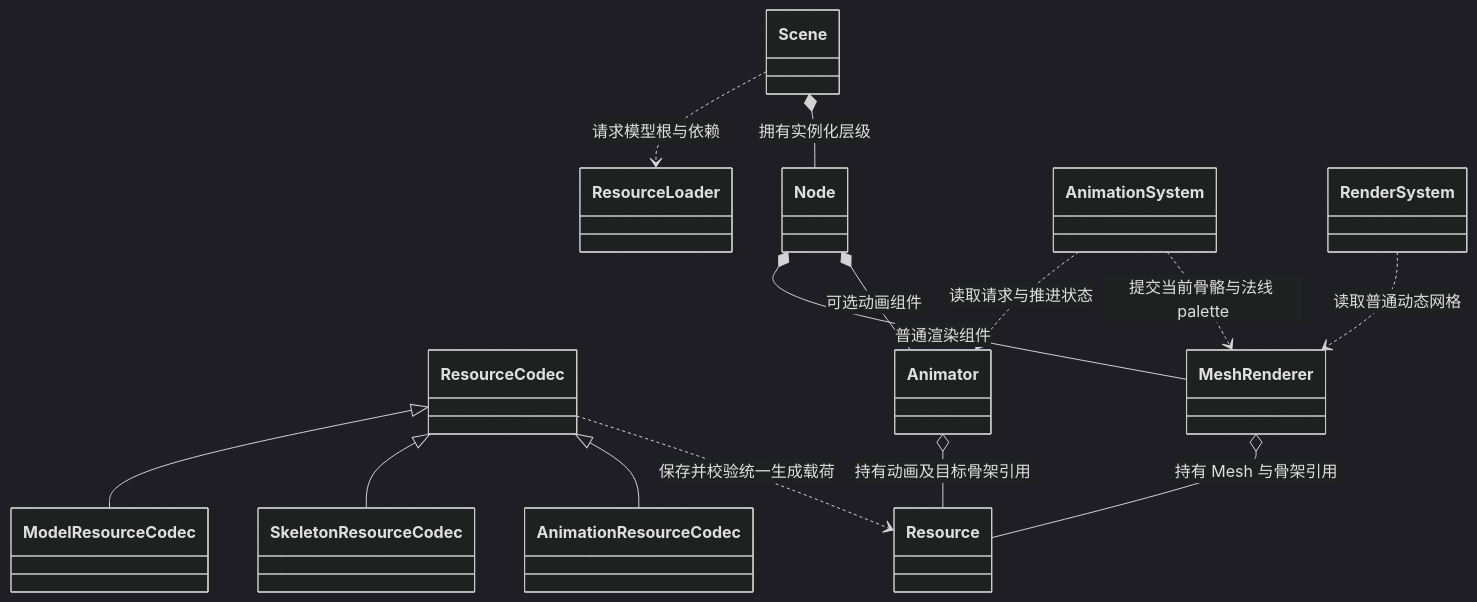
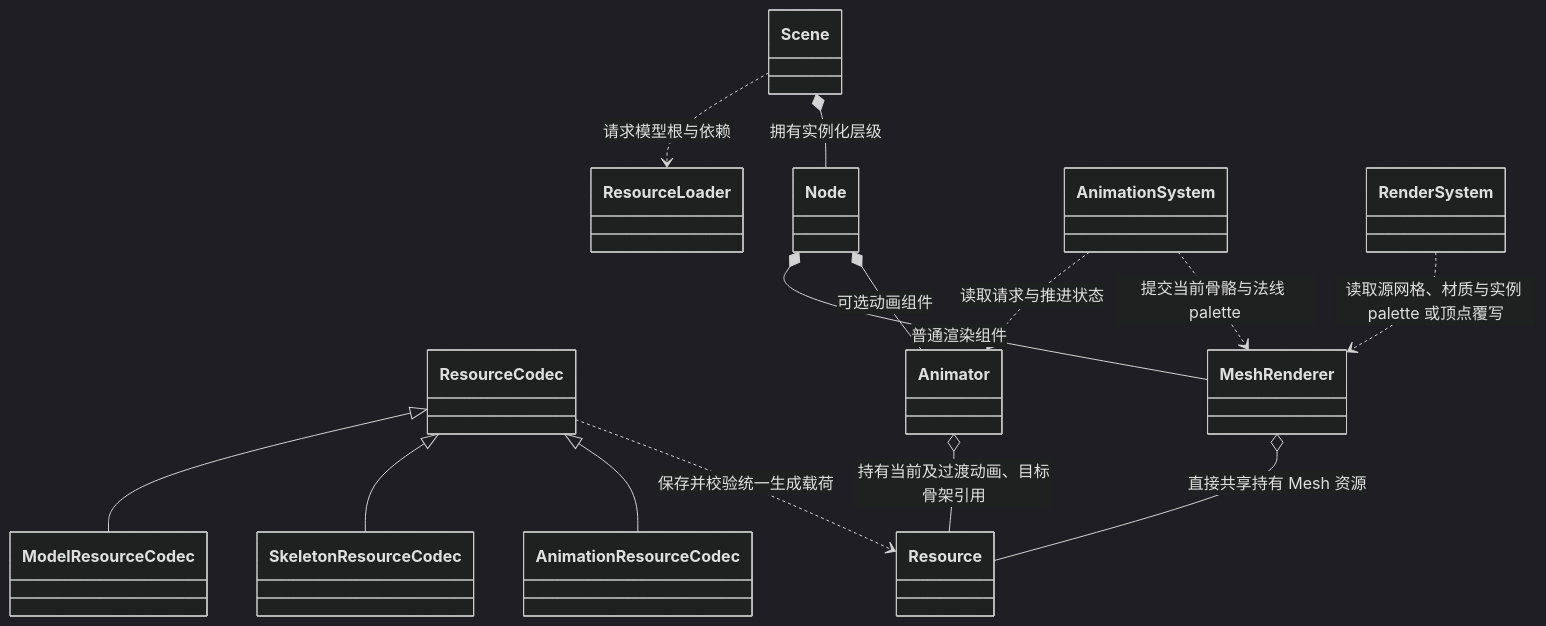
Diagram 35 of 36 in docs/class-diagrams/references.md (lcals/Engine), drawn with Mermaid (dark theme) before and after one commit. The commit also changed other lines of this file and 15 other files, not shown here.

````diff
--- a/docs/class-diagrams/references.md
+++ b/docs/class-diagrams/references.md
@@ -1058,28 +1058,28 @@
 ```mermaid
 classDiagram
     class ResourceCodec
     class ModelResourceCodec
     class SkeletonResourceCodec
     class AnimationResourceCodec
     class Resource
     class ResourceLoader
     class Scene
     class Node
     class MeshRenderer
     class Animator
     class AnimationSystem
     class RenderSystem
     ResourceCodec <|-- ModelResourceCodec
     ResourceCodec <|-- SkeletonResourceCodec
     ResourceCodec <|-- AnimationResourceCodec
     ResourceCodec ..> Resource : 保存并校验统一生成载荷
     Scene ..> ResourceLoader : 请求模型根与依赖
     Scene *-- Node : 拥有实例化层级
     Node *-- MeshRenderer : 普通渲染组件
     Node *-- Animator : 可选动画组件
-    MeshRenderer o-- Resource : 持有 Mesh 与骨架引用
-    Animator o-- Resource : 持有动画及目标骨架引用
+    MeshRenderer o-- Resource : 直接共享持有 Mesh 资源
+    Animator o-- Resource : 持有当前及过渡动画、目标骨架引用
     AnimationSystem ..> Animator : 读取请求与推进状态
     AnimationSystem ..> MeshRenderer : 提交当前骨骼与法线 palette
-    RenderSystem ..> MeshRenderer : 读取普通动态网格
+    RenderSystem ..> MeshRenderer : 读取源网格、材质与实例 palette 或顶点覆写
 ```
````
